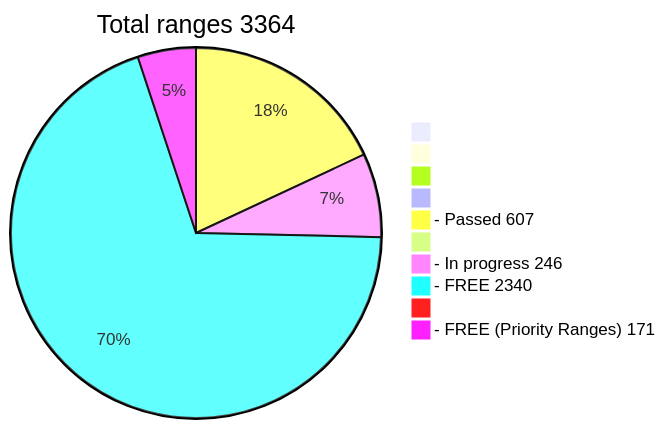
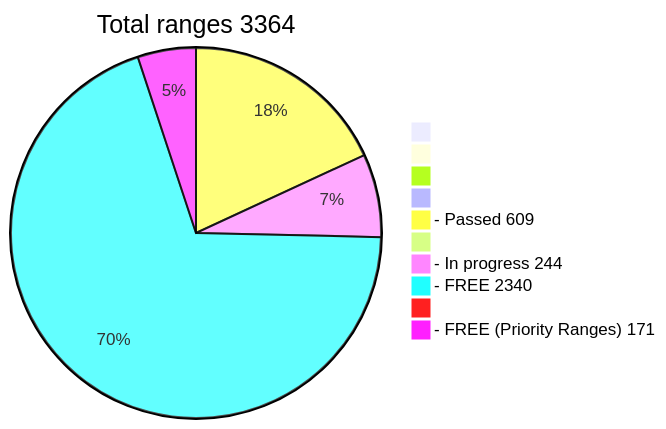
One commit to phrutis/wif500 changed the diagram in README.md. Above: the diagram before and after it, drawn with Mermaid. The commit also changed other lines of this file, not shown here.

````diff
--- a/README.md
+++ b/README.md
@@ -16,13 +16,13 @@
 ```mermaid
 pie title Total ranges 3364
              " " : 0
             "  " : 0
            "   " : 0
           "    " : 0
-  "- Passed 607" : 607
+  "- Passed 609" : 609
          "     " : 0
-  "- In progress 246" : 246
+  "- In progress 244" : 244
    "- FREE 2340" : 2340
         "      " : 0
   "- FREE (Priority Ranges) 171" : 171
 ```
````
